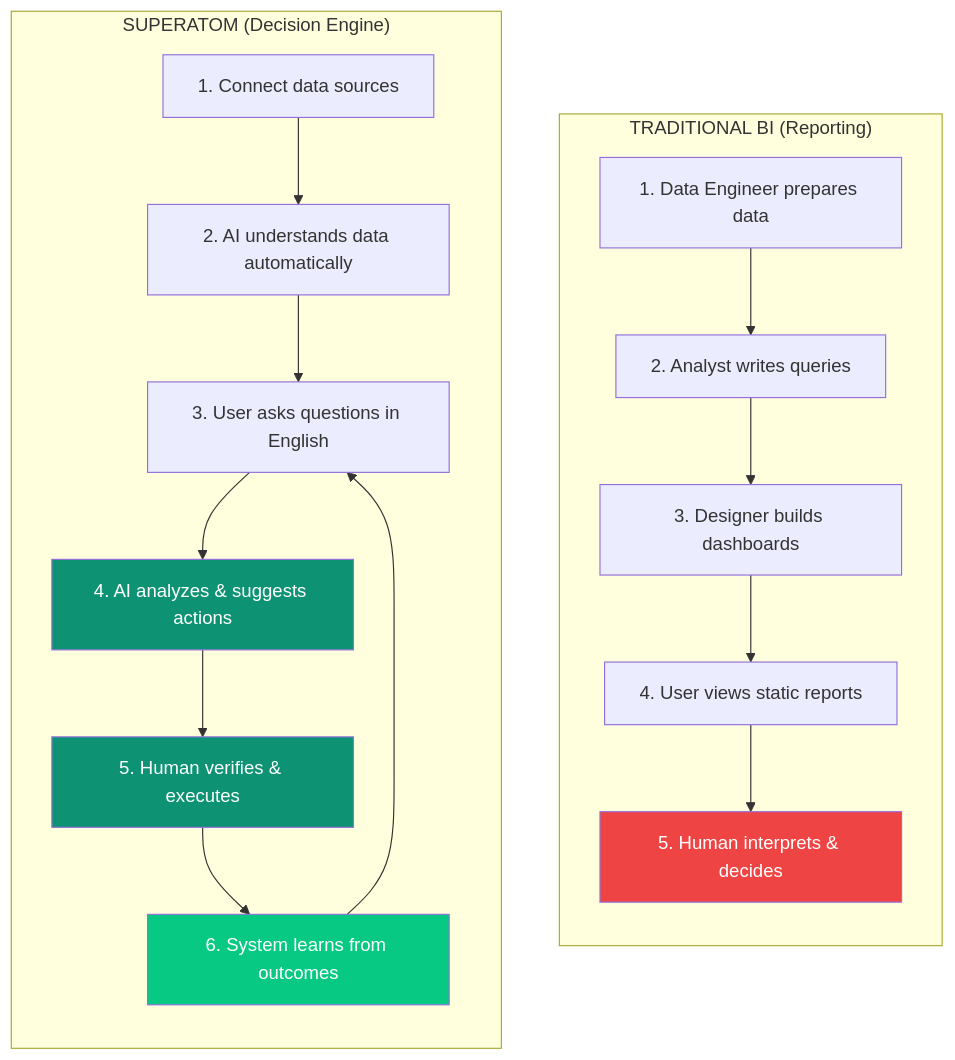
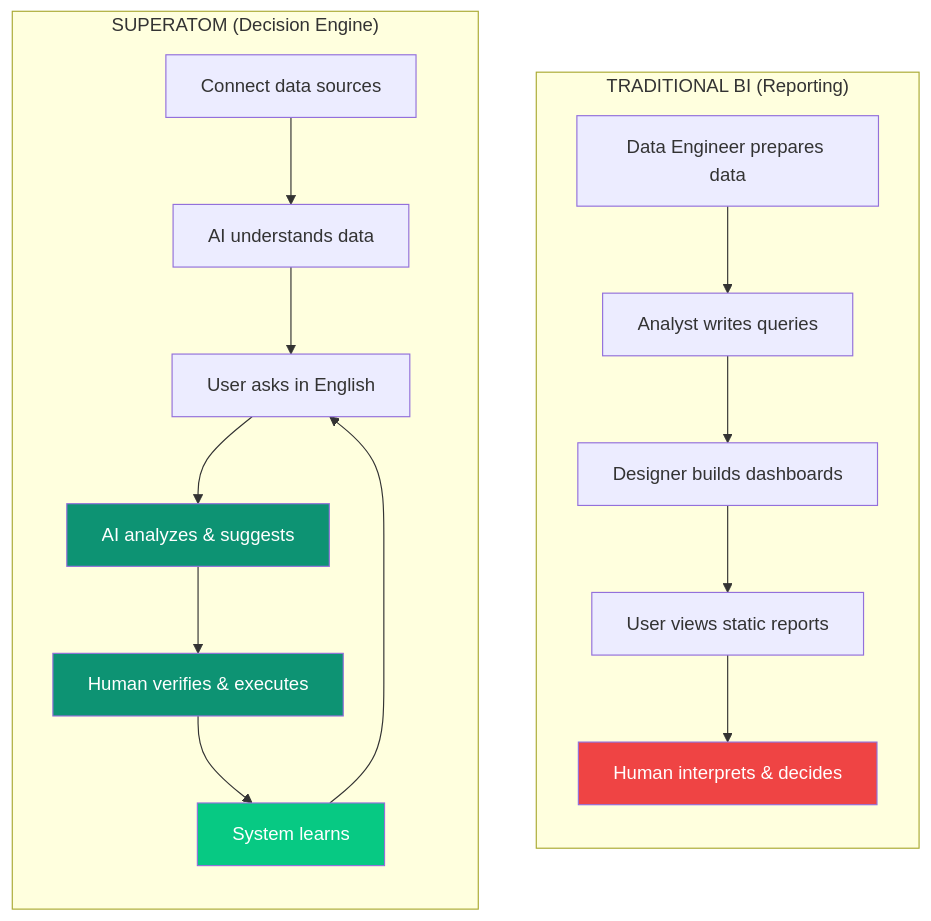
Before and after one commit to ashishsuperatom/tech-docs: the first of 5 diagrams in introduction/comparison.mdx, drawn with Mermaid. The commit also changed other lines of this file and 13 other files, not shown here.

First line of the commit message:
Add Superatom AI logo and fix Mermaid diagram rendering

````diff
--- a/introduction/comparison.mdx
+++ b/introduction/comparison.mdx
@@ -29,31 +29,31 @@
 ```mermaid
 flowchart TB
     subgraph TRADITIONAL["TRADITIONAL BI (Reporting)"]
         direction TB
-        T1["1. Data Engineer prepares data"]
-        T2["2. Analyst writes queries"]
-        T3["3. Designer builds dashboards"]
-        T4["4. User views static reports"]
-        T5["5. Human interprets & decides"]
+        T1["Data Engineer prepares data"]
+        T2["Analyst writes queries"]
+        T3["Designer builds dashboards"]
+        T4["User views static reports"]
+        T5["Human interprets & decides"]
 
         T1 --> T2 --> T3 --> T4 --> T5
     end
 
     subgraph SUPERATOM["SUPERATOM (Decision Engine)"]
         direction TB
-        S1["1. Connect data sources"]
-        S2["2. AI understands data automatically"]
-        S3["3. User asks questions in English"]
-        S4["4. AI analyzes & suggests actions"]
-        S5["5. Human verifies & executes"]
-        S6["6. System learns from outcomes"]
+        S1["Connect data sources"]
+        S2["AI understands data"]
+        S3["User asks in English"]
+        S4["AI analyzes & suggests"]
+        S5["Human verifies & executes"]
+        S6["System learns"]
 
         S1 --> S2 --> S3 --> S4 --> S5 --> S6
         S6 --> S3
     end
 
     style T5 fill:#ef4444,color:#fff
     style S4 fill:#0D9373,color:#fff
     style S5 fill:#0D9373,color:#fff
     style S6 fill:#07C983,color:#fff
 ```
````
